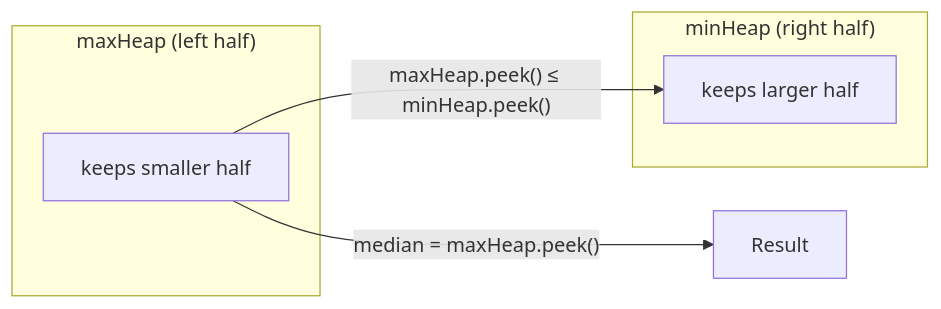
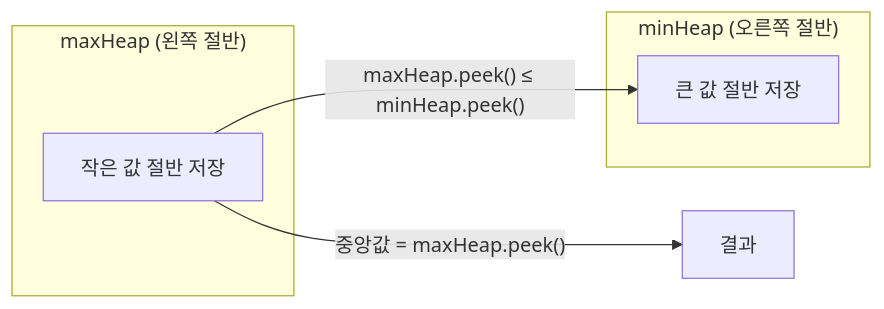
The fourth of 4 diagrams in _posts/algorithm/2026-03-07-heap.md (mandoobox/mandoobox.github.io), drawn with Mermaid before and after one commit. The commit also changed other lines of this file and 24 other files, not shown here.

Commit message:
feat: mermaid kr

````diff
--- a/_posts/algorithm/2026-03-07-heap.md
+++ b/_posts/algorithm/2026-03-07-heap.md
@@ -223,11 +230,11 @@
 ```mermaid
 graph LR
-    subgraph "maxHeap (left half)"
-        M1["keeps smaller half"]
+    subgraph "maxHeap (왼쪽 절반)"
+        M1["작은 값 절반 저장"]
     end
-    subgraph "minHeap (right half)"
-        M2["keeps larger half"]
+    subgraph "minHeap (오른쪽 절반)"
+        M2["큰 값 절반 저장"]
     end
     M1 -- "maxHeap.peek() ≤ minHeap.peek()" --> M2
-    M1 -- "median = maxHeap.peek()" --> R["Result"]
+    M1 -- "중앙값 = maxHeap.peek()" --> R["결과"]
 ```
````
